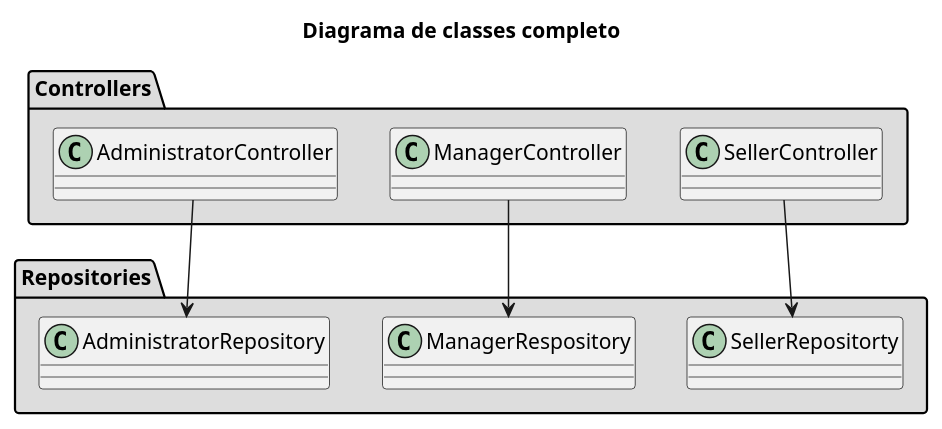
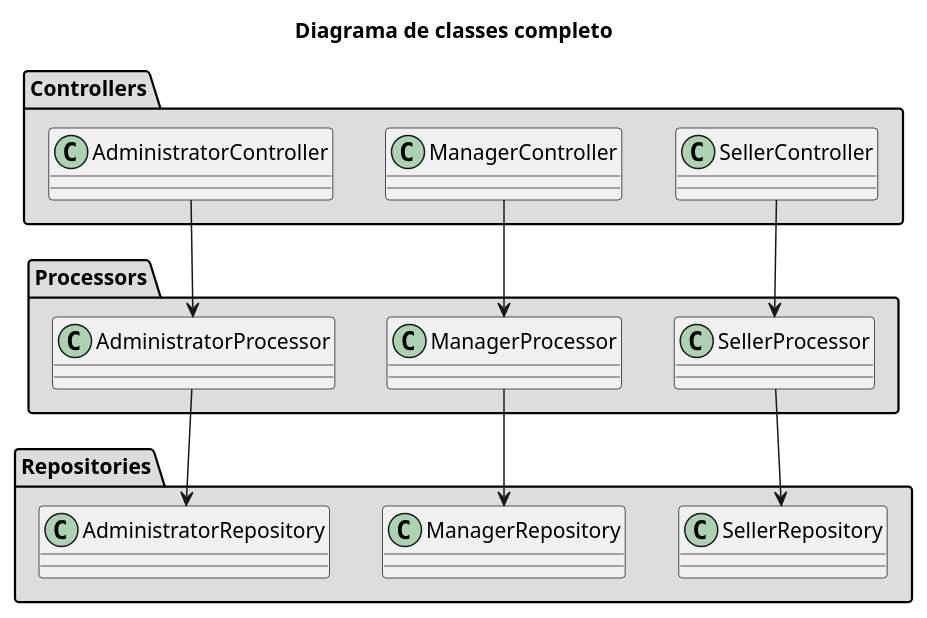
One commit to renatabrasil/ninja-fabric-sail changed the diagram in docs/diagrama_de_classes_completo.wsd. Above: the diagram before and after it, drawn with PlantUML. The commit also changed 5 other files, not shown here.

Commit message:
Adicao dos diagramas do modelo

```diff
--- a/docs/diagrama_de_classes_completo.wsd
+++ b/docs/diagrama_de_classes_completo.wsd
@@ -1,29 +1,40 @@
 @startuml
 
 title Diagrama de classes completo
 
 package Controllers #DDDDDD {
 
-    class SellerController{}
+    class SellerController{
+        
+    }
     class ManagerController {}
     class AdministratorController {}
 
+}
+
+package Processors #DDDDDD {
+
+    class SellerProcessor{}
+    class ManagerProcessor {}
+    class AdministratorProcessor {}
 
 }
 
 
 package Repositories #DDDDDD {
 
-    class SellerRepositorty{}
-    class ManagerRespository {}
+    class SellerRepository{}
+    class ManagerRepository {}
     class AdministratorRepository {}
     
-
 }
 
+SellerController --> SellerProcessor
+ManagerController --> ManagerProcessor
+AdministratorController --> AdministratorProcessor
 
-SellerController --> SellerRepositorty
-ManagerController --> ManagerRespository
-AdministratorController --> AdministratorRepository
+SellerProcessor --> SellerRepository
+ManagerProcessor --> ManagerRepository
+AdministratorProcessor --> AdministratorRepository
 
 @enduml
```
